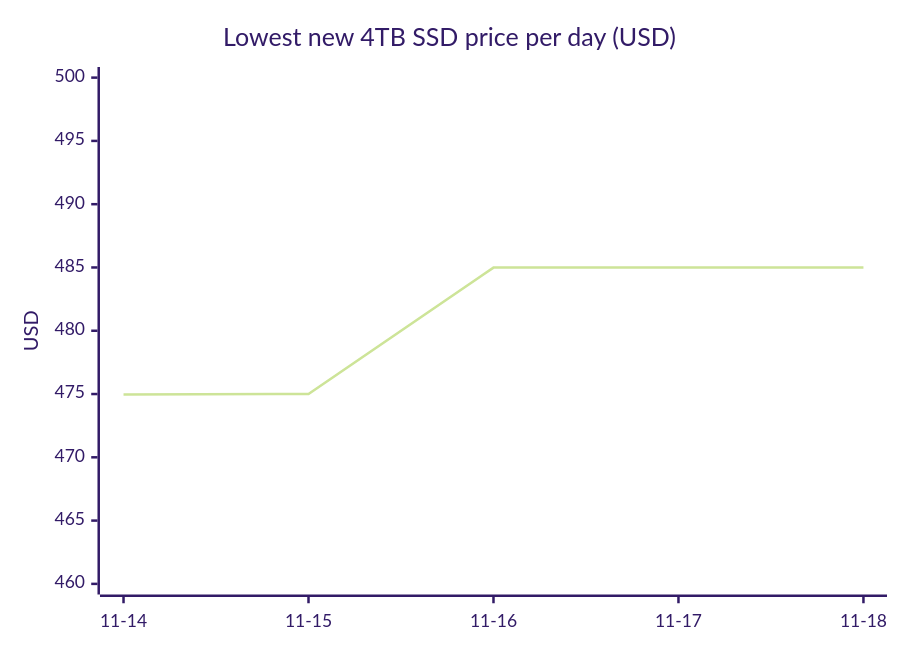
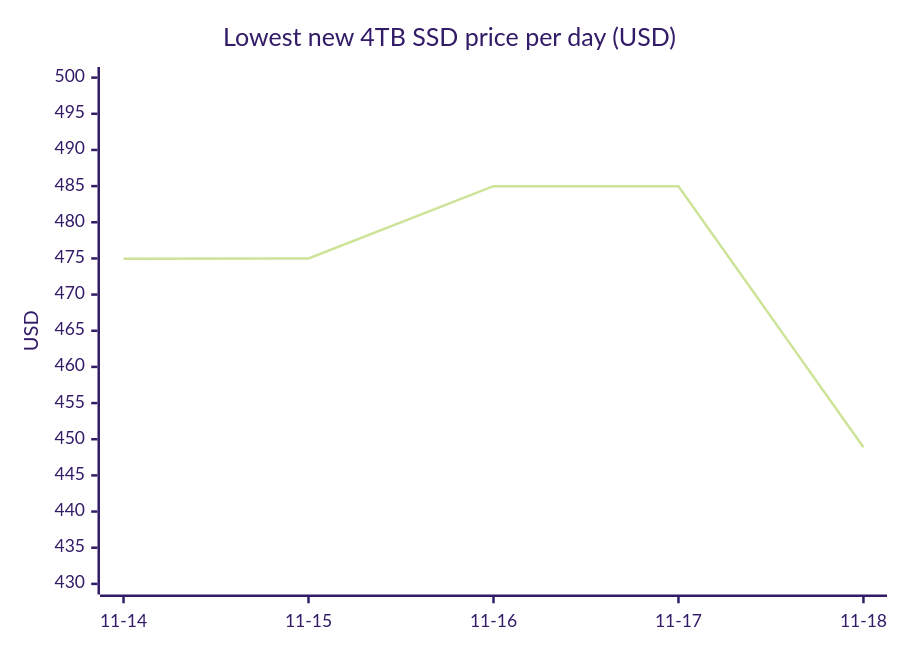
Before and after one commit to 7324136828/4tb_ssd_price_watch: the first of 18 diagrams in README.md, drawn with Mermaid (forest theme). The commit also changed other lines of this file, not shown here.

````diff
--- a/README.md
+++ b/README.md
@@ -81,7 +81,7 @@
 ```mermaid
 xychart-beta
     title "Lowest new 4TB SSD price per day (USD)"
     x-axis ["11-14", "11-15", "11-16", "11-17", "11-18"]
-    y-axis "USD" 460 --> 500
-    line [474.97, 475.00, 484.99, 484.99, 484.99]
+    y-axis "USD" 430 --> 500
+    line [474.97, 475.00, 484.99, 484.99, 448.88]
 ```
````
